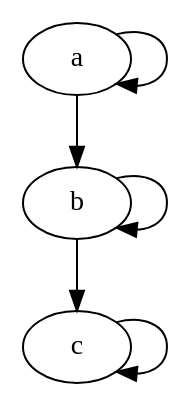
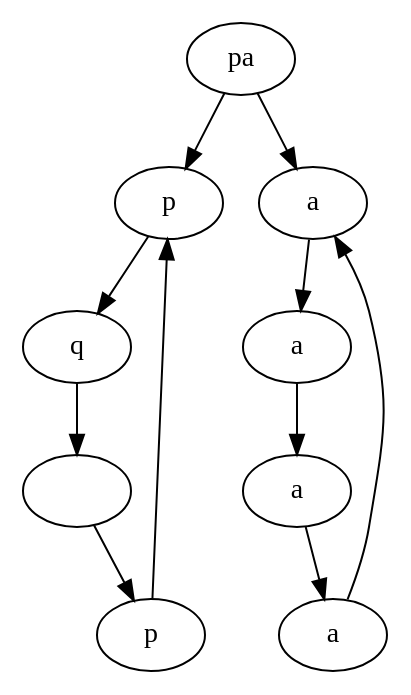
One commit to apirogov/flat-checker changed the diagram in examples/test2.dot. Above: the diagram before and after it, drawn with Graphviz. The commit also changed 4 other files, not shown here.

Commit message:
fixed broken normal until

```diff
--- a/examples/test2.dot
+++ b/examples/test2.dot
@@ -1,9 +1,17 @@
-/* e.g. try this formula: ((aU[3/4]c)&(bU[1/4]c)) */
+/* test case for normal until with the hole in the loop */
 digraph G {
-  0 [label="a"];
-  1 [label="b"];
-  2 [label="c"];
-  0 -> 0, 1;
-  1 -> 1, 2;
-  2 -> 2;
+  0 [label="pa"];
+
+  1 [label="p"];
+  2 [label="q"];
+  3 [label=" "];
+  4 [label="p"];
+
+  5 [label="a"];
+  6 [label="a"];
+  7 [label="a"];
+  8 [label="a"];
+
+  0 -> 1 -> 2 -> 3 -> 4 -> 1;
+  0 -> 5 -> 6 -> 7 -> 8 -> 5;
 }
```
